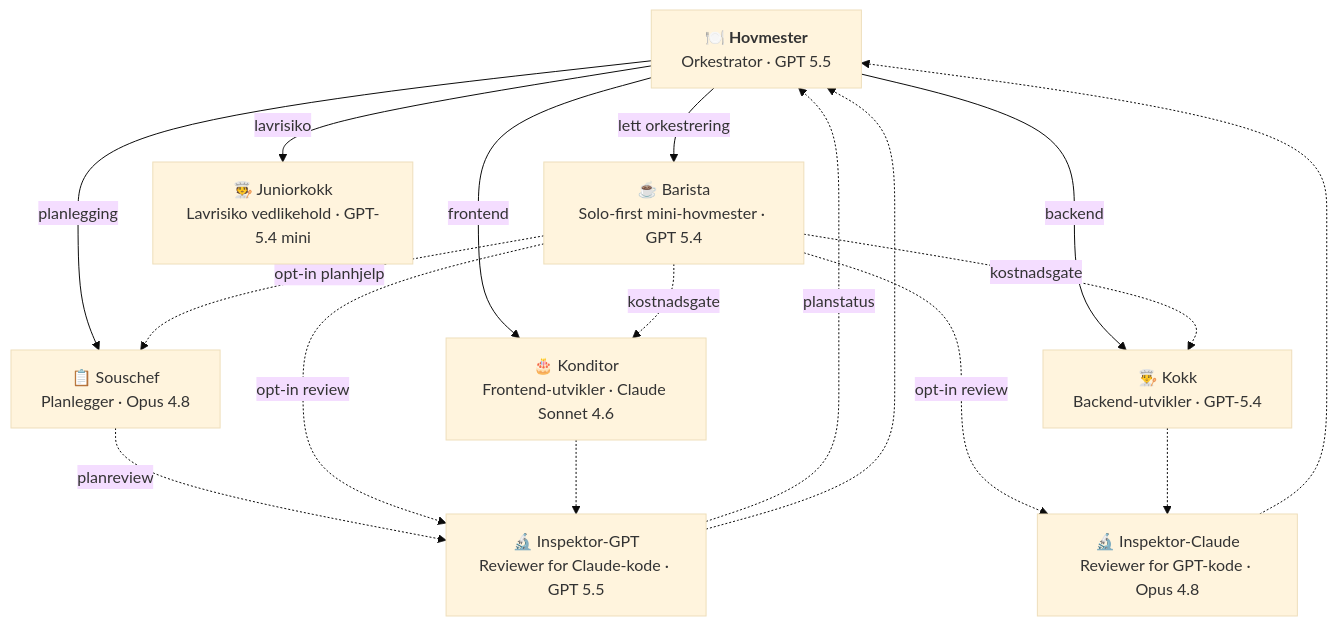
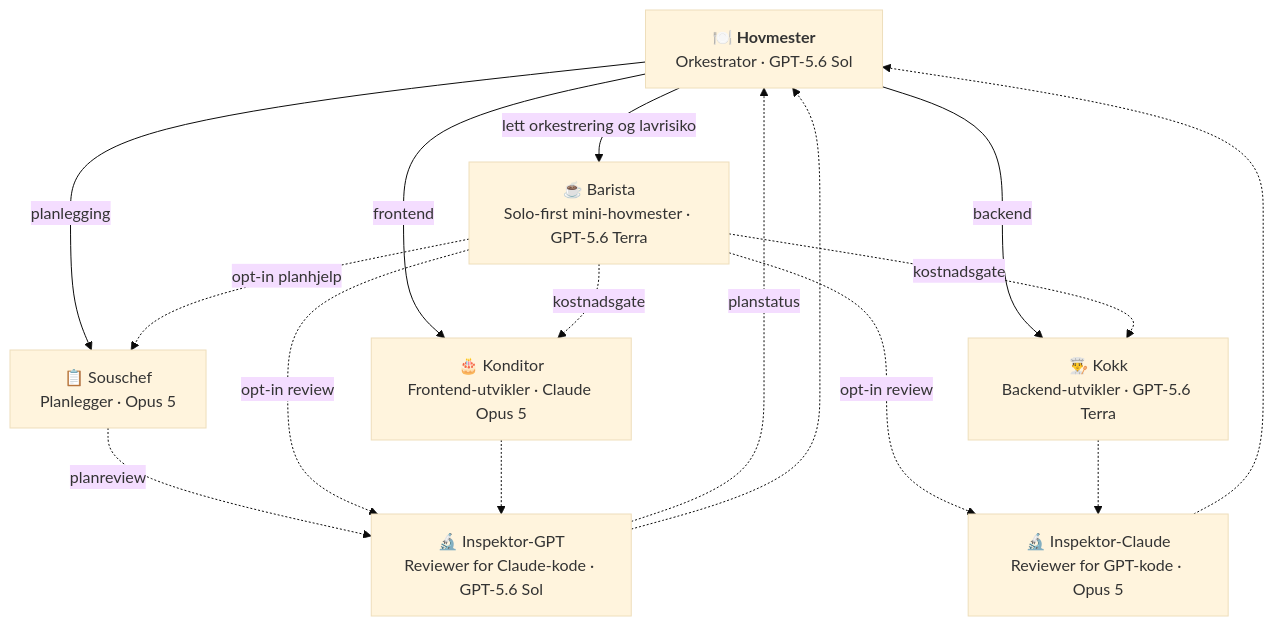
One commit to navikt/hovmester changed the diagram in README.md. Above: the diagram before and after it, drawn with Mermaid (base theme). The commit also changed other lines of this file and 23 other files, not shown here.

````diff
--- a/README.md
+++ b/README.md
@@ -39,26 +39,24 @@
 ```mermaid
 graph TD
-    U["🍽️ <b>Hovmester</b><br/>Orkestrator · GPT 5.5"]
-    B["☕ Barista<br/>Solo-first mini-hovmester · GPT 5.4"]
-    S["📋 Souschef<br/>Planlegger · Opus 4.8"]
-    J["🧑‍🍳 Juniorkokk<br/>Lavrisiko vedlikehold · GPT-5.4 mini"]
-    K["👨‍🍳 Kokk<br/>Backend-utvikler · GPT-5.4"]
-    KO["🎂 Konditor<br/>Frontend-utvikler · Claude Sonnet 4.6"]
-    IC["🔬 Inspektor-Claude<br/>Reviewer for GPT-kode · Opus 4.8"]
-    IG["🔬 Inspektor-GPT<br/>Reviewer for Claude-kode · GPT 5.5"]
+    U["🍽️ <b>Hovmester</b><br/>Orkestrator · GPT-5.6 Sol"]
+    B["☕ Barista<br/>Solo-first mini-hovmester · GPT-5.6 Terra"]
+    S["📋 Souschef<br/>Planlegger · Opus 5"]
+    K["👨‍🍳 Kokk<br/>Backend-utvikler · GPT-5.6 Terra"]
+    KO["🎂 Konditor<br/>Frontend-utvikler · Claude Opus 5"]
+    IC["🔬 Inspektor-Claude<br/>Reviewer for GPT-kode · Opus 5"]
+    IG["🔬 Inspektor-GPT<br/>Reviewer for Claude-kode · GPT-5.6 Sol"]
 
     U -- planlegging --> S
     S -. planreview .-> IG
     IG -. planstatus .-> U
-    U -- lett orkestrering --> B
-    U -- lavrisiko --> J
+    U -- lett orkestrering og lavrisiko --> B
     U -- backend --> K
     U -- frontend --> KO
     B -. kostnadsgate .-> K
     B -. kostnadsgate .-> KO
     B -. opt-in planhjelp .-> S
     B -. opt-in review .-> IC
     B -. opt-in review .-> IG
     K -.-> IC -.-> U
     KO -.-> IG -.-> U
 ```
````
